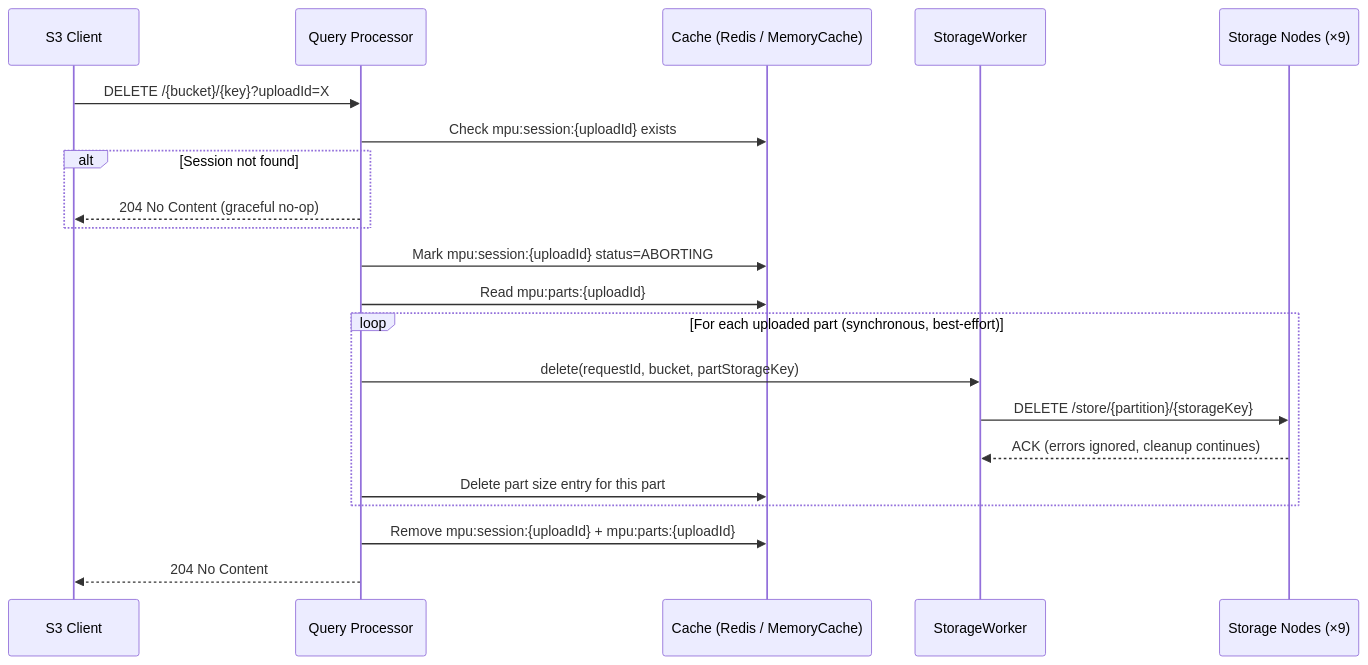
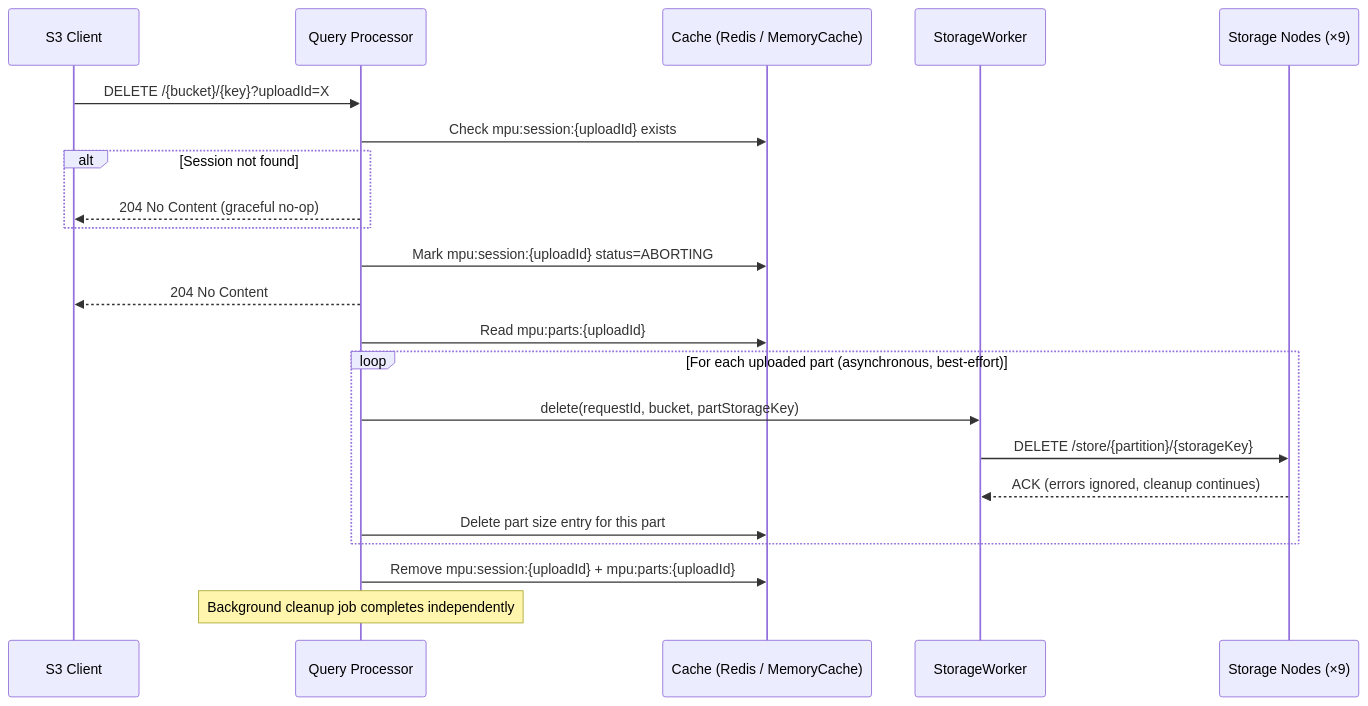
Before and after one commit to S26-Distributed-Capstone/Koop: diagram 13 of 15 in docs/workflow.md, drawn with Mermaid. The commit also changed other lines of this file, not shown here.

````diff
--- a/docs/workflow.md
+++ b/docs/workflow.md
@@ -384,24 +378,25 @@
 ```mermaid
 sequenceDiagram
     participant C as S3 Client
     participant QP as Query Processor
     participant Cache as Cache (Redis / MemoryCache)
     participant SW as StorageWorker
     participant SN as Storage Nodes (×9)
 
     C->>QP: DELETE /{bucket}/{key}?uploadId=X
     QP->>Cache: Check mpu:session:{uploadId} exists
     alt Session not found
         QP-->>C: 204 No Content (graceful no-op)
     end
     QP->>Cache: Mark mpu:session:{uploadId} status=ABORTING
+    QP-->>C: 204 No Content
     QP->>Cache: Read mpu:parts:{uploadId}
-    loop For each uploaded part (synchronous, best-effort)
+    loop For each uploaded part (asynchronous, best-effort)
         QP->>SW: delete(requestId, bucket, partStorageKey)
         SW->>SN: DELETE /store/{partition}/{storageKey}
         SN-->>SW: ACK (errors ignored, cleanup continues)
         QP->>Cache: Delete part size entry for this part
     end
     QP->>Cache: Remove mpu:session:{uploadId} + mpu:parts:{uploadId}
-    QP-->>C: 204 No Content
+    Note over QP: Background cleanup job completes independently
 ```
````
